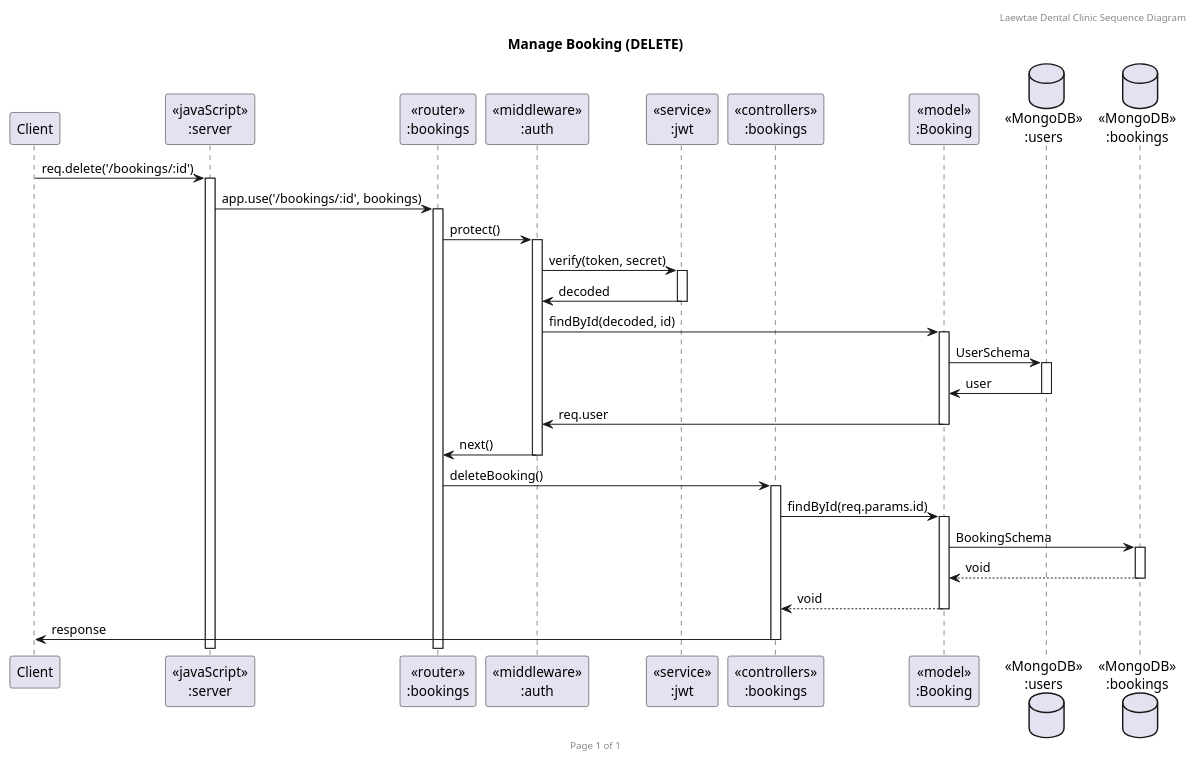
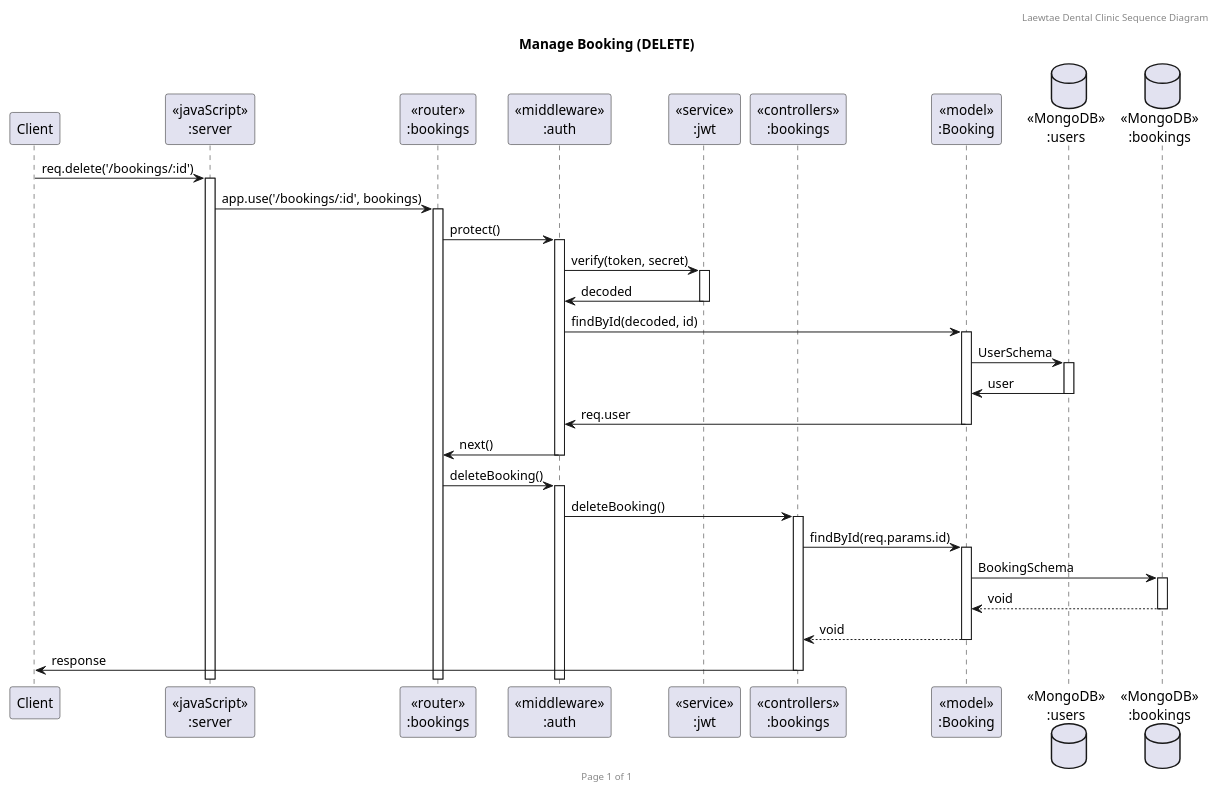
One commit to nattapong232/DentistBooking changed the diagram in UML/SequenceDiagram/Booking/BookingSequenceDelete.puml. Above: the diagram before and after it, drawn with PlantUML.

```diff
--- a/UML/SequenceDiagram/Booking/BookingSequenceDelete.puml
+++ b/UML/SequenceDiagram/Booking/BookingSequenceDelete.puml
@@ -1,34 +1,35 @@
 @startuml Manage Booking (DELETE)
 
 header Laewtae Dental Clinic Sequence Diagram
 footer Page %page% of %lastpage%
 title "Manage Booking (DELETE)"
 
 participant "Client" as client
 participant "<<javaScript>>\n:server" as server
 participant "<<router>>\n:bookings" as routerBookings
 participant "<<middleware>>\n:auth" as auth
 participant "<<service>>\n:jwt" as jwt
 participant "<<controllers>>\n:bookings" as controllersBookings
 participant "<<model>>\n:Booking" as modelBooking
 database "<<MongoDB>>\n:users" as UsersDatabase
 database "<<MongoDB>>\n:bookings" as BookingsDatabase
 
 client->server ++:req.delete('/bookings/:id')
 server->routerBookings ++:app.use('/bookings/:id', bookings)
 routerBookings -> auth ++:protect()
 auth -> jwt ++:verify(token, secret)
 auth <- jwt --:decoded
 auth -> modelBooking ++:findById(decoded, id)
 modelBooking -> UsersDatabase ++:UserSchema
 modelBooking <- UsersDatabase --:user
 auth <- modelBooking --:req.user
 routerBookings <- auth --:next()
-routerBookings -> controllersBookings ++:deleteBooking()
+routerBookings -> auth ++:deleteBooking()
+auth -> controllersBookings ++:deleteBooking()
 controllersBookings->modelBooking ++:findById(req.params.id)
 modelBooking ->BookingsDatabase ++: BookingSchema
 BookingsDatabase --> modelBooking --: void
 controllersBookings <-- modelBooking --:void
 controllersBookings->client --:response
 
 @enduml
```
